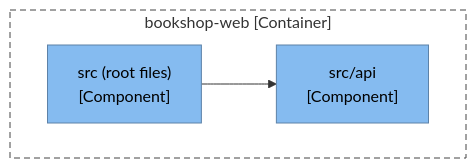
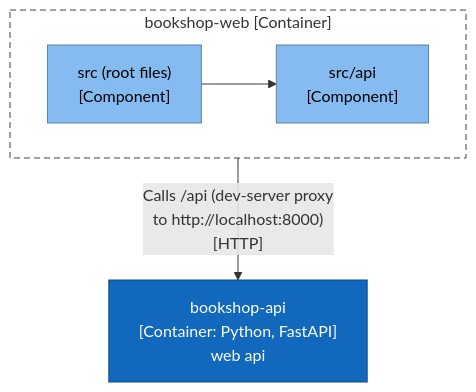
Before and after one commit to ythalorossy/architecture-skills: the third of 5 diagrams in tests/golden/bookshop/output/ArchitectureReport.md, drawn with Mermaid. The commit also changed other lines of this file and 16 other files, not shown here.

````diff
--- a/tests/golden/bookshop/output/ArchitectureReport.md
+++ b/tests/golden/bookshop/output/ArchitectureReport.md
@@ -99,16 +103,19 @@
 ```mermaid
 flowchart TB
     subgraph boundary["bookshop-web [Container]"]
         web_src__files["src (root files)<br/>[Component]"]
         web_src_api["src/api<br/>[Component]"]
     end
     web_src__files --> web_src_api
+    bookshop_api["bookshop-api<br/>[Container: Python, FastAPI]<br/>web api"]
+    boundary -->|"Calls /api (dev-server proxy<br/>to http://localhost:8000)<br/>[HTTP]"| bookshop_api
     classDef person fill:#08427b,stroke:#052e56,color:#ffffff
     classDef container fill:#1168bd,stroke:#0b4884,color:#ffffff
     classDef system fill:#1168bd,stroke:#0b4884,color:#ffffff
     classDef component fill:#85bbf0,stroke:#5d82a8,color:#000000
     classDef external fill:#999999,stroke:#6b6b6b,color:#ffffff
     classDef shared fill:#dbe9f6,stroke:#5d82a8,color:#000000,stroke-dasharray:4 3
     class web_src__files,web_src_api component
+    class bookshop_api container
     style boundary fill:none,stroke:#444444,stroke-dasharray:6 4
 ```
````
